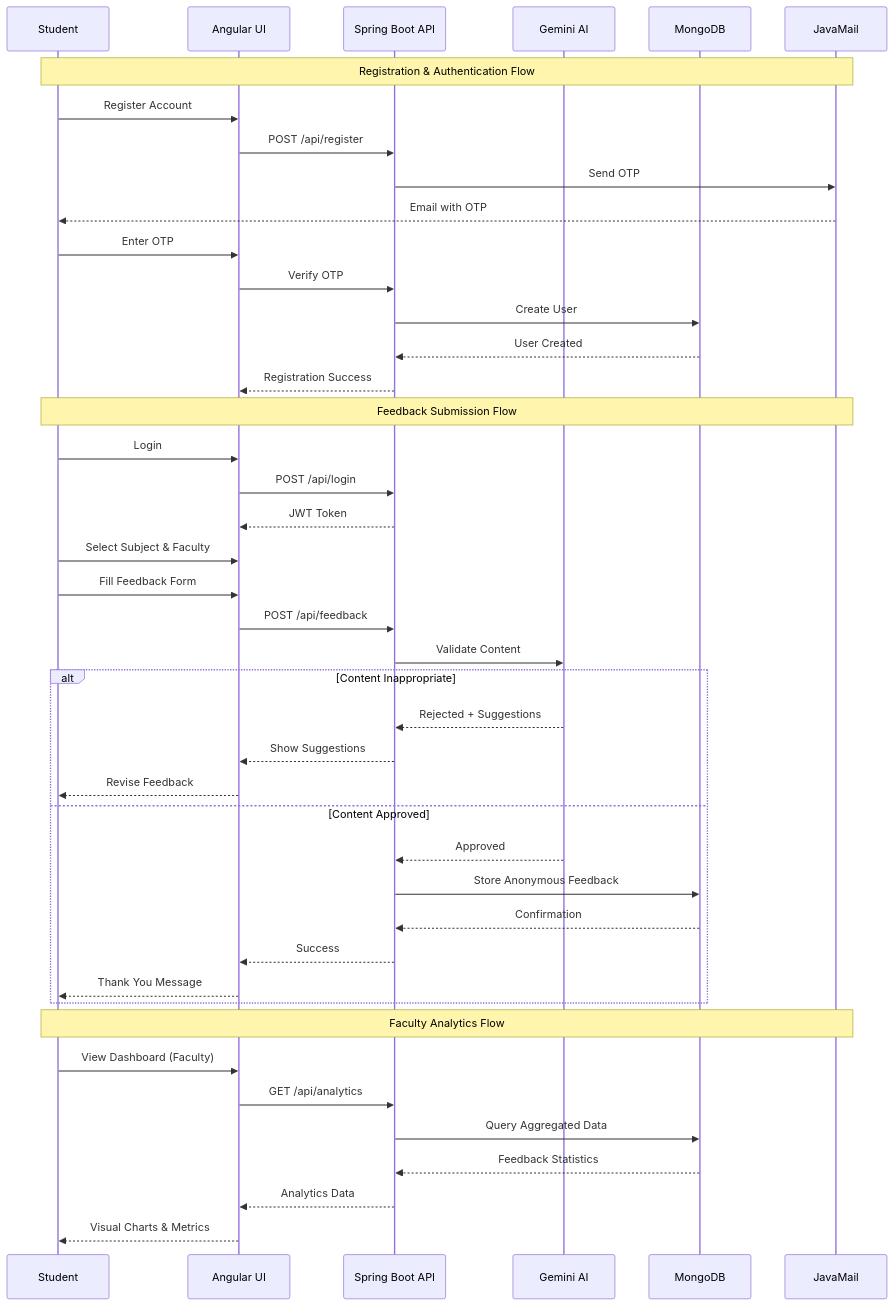
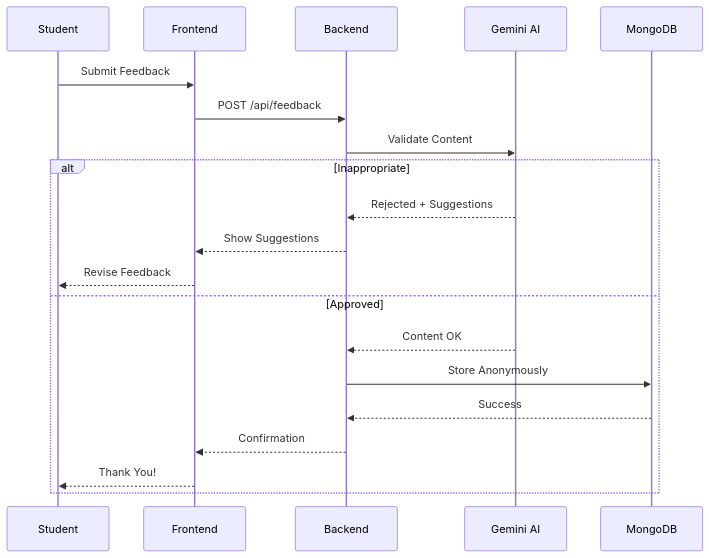
Before and after one commit to ALLURIABISHEK/KJC-VOX: the sixth of 6 diagrams in README.md, drawn with Mermaid. The commit also changed other lines of this file, not shown here.

````diff
--- a/README.md
+++ b/README.md
@@ -459,49 +733,24 @@
 ```mermaid
 sequenceDiagram
     participant S as Student
-    participant UI as Angular UI
-    participant API as Spring Boot API
+    participant UI as Frontend
+    participant API as Backend
     participant AI as Gemini AI
     participant DB as MongoDB
-    participant Mail as JavaMail
 
-    Note over S,Mail: Registration & Authentication Flow
-    S->>UI: Register Account
-    UI->>API: POST /api/register
-    API->>Mail: Send OTP
-    Mail-->>S: Email with OTP
-    S->>UI: Enter OTP
-    UI->>API: Verify OTP
-    API->>DB: Create User
-    DB-->>API: User Created
-    API-->>UI: Registration Success
-    
-    Note over S,Mail: Feedback Submission Flow
-    S->>UI: Login
-    UI->>API: POST /api/login
-    API-->>UI: JWT Token
-    S->>UI: Select Subject & Faculty
-    S->>UI: Fill Feedback Form
+    S->>UI: Submit Feedback
     UI->>API: POST /api/feedback
     API->>AI: Validate Content
     
-    alt Content Inappropriate
+    alt Inappropriate
         AI-->>API: Rejected + Suggestions
         API-->>UI: Show Suggestions
         UI-->>S: Revise Feedback
-    else Content Approved
-        AI-->>API: Approved
-        API->>DB: Store Anonymous Feedback
-        DB-->>API: Confirmation
-        API-->>UI: Success
-        UI-->>S: Thank You Message
+    else Approved
+        AI-->>API: Content OK
+        API->>DB: Store Anonymously
+        DB-->>API: Success
+        API-->>UI: Confirmation
+        UI-->>S: Thank You!
     end
-    
-    Note over S,Mail: Faculty Analytics Flow
-    S->>UI: View Dashboard (Faculty)
-    UI->>API: GET /api/analytics
-    API->>DB: Query Aggregated Data
-    DB-->>API: Feedback Statistics
-    API-->>UI: Analytics Data
-    UI-->>S: Visual Charts & Metrics
 ```
````
